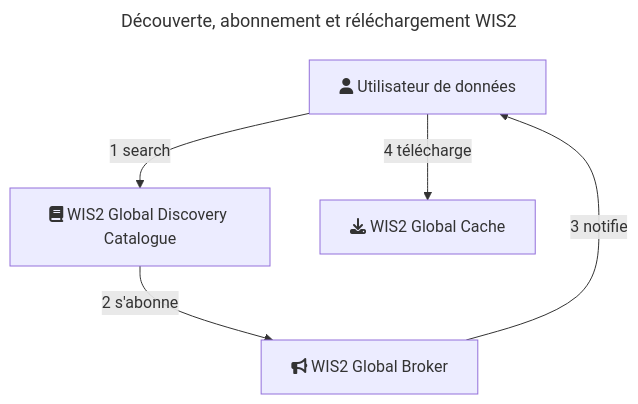
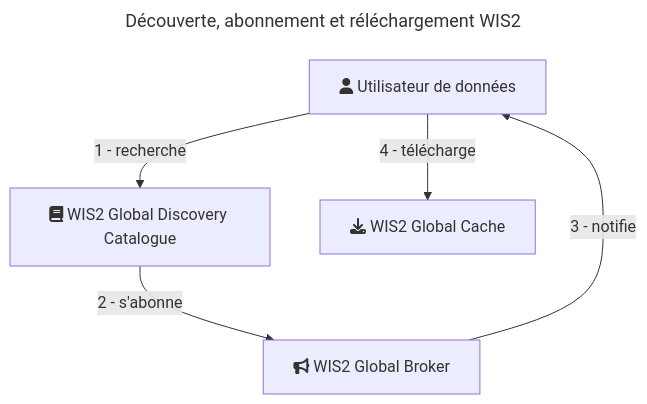
One commit to ECCC-MSC/open-data changed the diagram in docs/wmo-wis2/readme_fr.md. Above: the diagram before and after it, drawn with Mermaid. The commit also changed 4 other files, not shown here.

````diff
--- a/docs/wmo-wis2/readme_fr.md
+++ b/docs/wmo-wis2/readme_fr.md
@@ -38,10 +38,10 @@
 ```mermaid
 ---
 title: Découverte, abonnement et réléchargement WIS2
 ---
 flowchart TD
-    A[fa:fa-user Utilisateur de données] -->|1 search| B[fa:fa-book WIS2 Global Discovery Catalogue]
-    B -->|2 s'abonne| C[fa:fa-bullhorn WIS2 Global Broker]
-    C -->|3 notifie| A
-    A -->|4 télécharge| D[fa:fa-download WIS2 Global Cache]
+    A[fa:fa-user Utilisateur de données] -->|1 - recherche| B[fa:fa-book WIS2 Global Discovery Catalogue]
+    B -->|2 - s'abonne| C[fa:fa-bullhorn WIS2 Global Broker]
+    C -->|3 - notifie| A
+    A -->|4 - télécharge| D[fa:fa-download WIS2 Global Cache]
 ```
````
